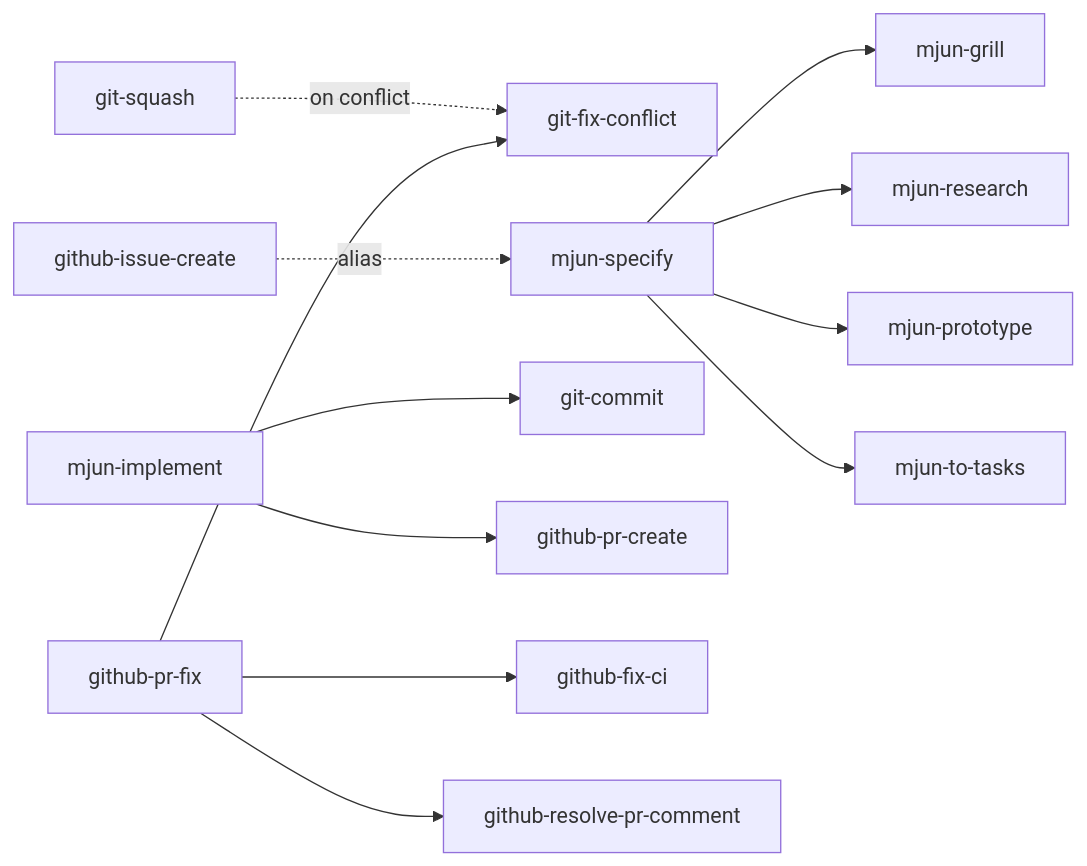
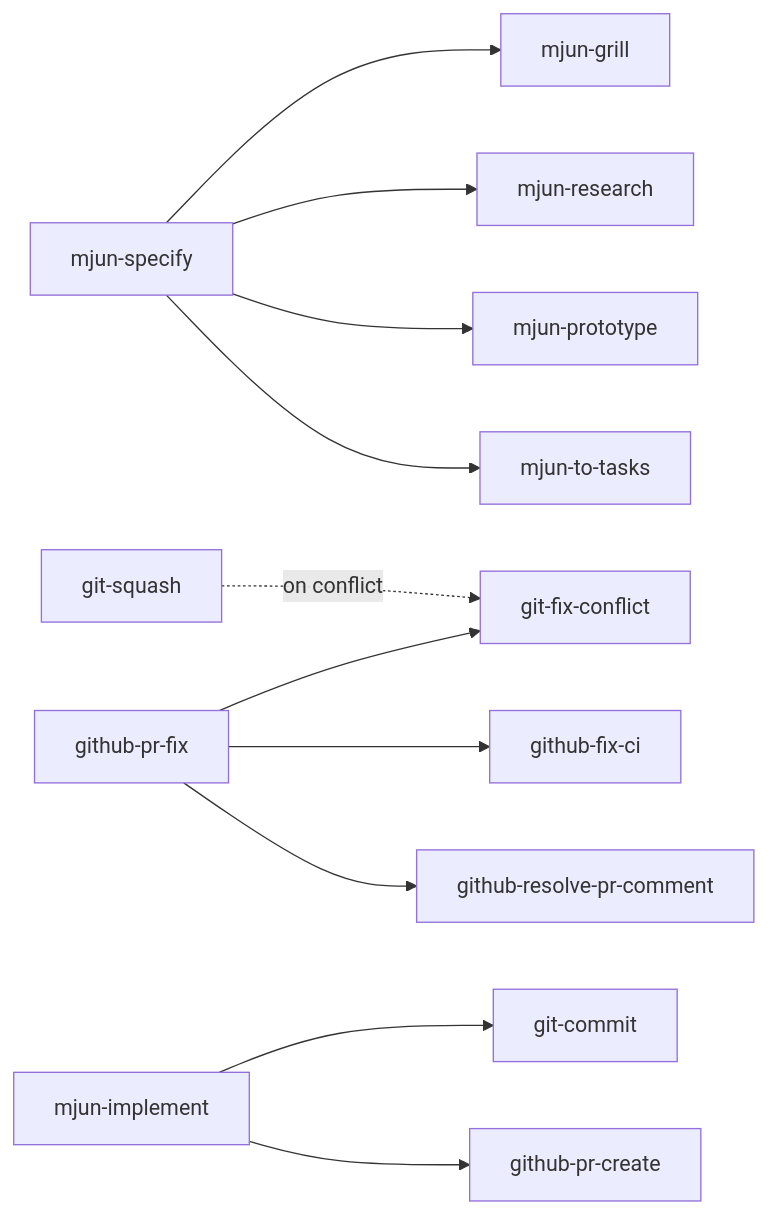
The diagram in doc/skills.md (mjun0812/dotfiles), drawn with Mermaid before and after one commit. The commit also changed other lines of this file and 2 other files, not shown here.

First line of the commit message:
feat: restore github-issue-create as a standalone quick-issue skill

````diff
--- a/doc/skills.md
+++ b/doc/skills.md
@@ -102,17 +102,16 @@
 ```mermaid
 graph LR
     git-squash -. on conflict .-> git-fix-conflict
 
     mjun-specify --> mjun-grill
     mjun-specify --> mjun-research
     mjun-specify --> mjun-prototype
     mjun-specify --> mjun-to-tasks
-    github-issue-create -. alias .-> mjun-specify
 
     mjun-implement --> git-commit
     mjun-implement --> github-pr-create
 
     github-pr-fix --> git-fix-conflict
     github-pr-fix --> github-fix-ci
     github-pr-fix --> github-resolve-pr-comment
 ```
````
